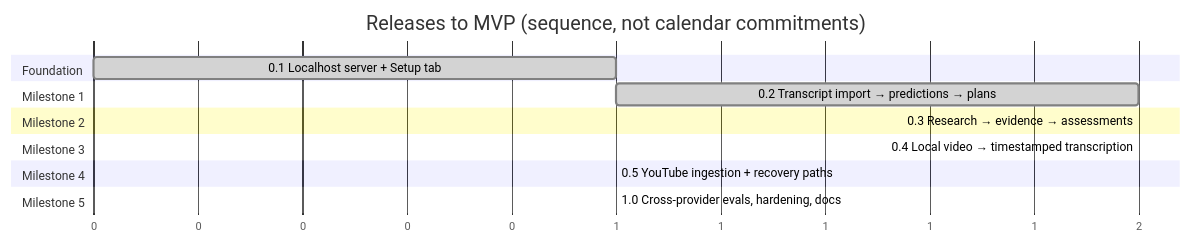
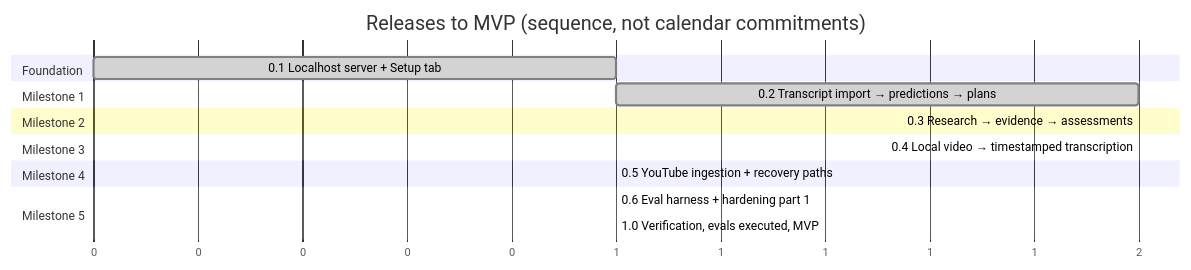
Before and after one commit to bitsbetrippin/predictionledger: the diagram in docs/BUILD_PLAN.md, drawn with Mermaid. The commit also changed other lines of this file and 42 other files, not shown here.

````diff
--- a/docs/BUILD_PLAN.md
+++ b/docs/BUILD_PLAN.md
@@ -16,18 +16,19 @@
 ```mermaid
 gantt
   title Releases to MVP (sequence, not calendar commitments)
   dateFormat X
   axisFormat %s
   section Foundation
   0.1 Localhost server + Setup tab            :done, r01, 0, 1
   section Milestone 1
   0.2 Transcript import → predictions → plans :done, r02, after r01, 2
   section Milestone 2
   0.3 Research → evidence → assessments       :done, r03, after r02, 2
   section Milestone 3
   0.4 Local video → timestamped transcription :done, r04, after r03, 2
   section Milestone 4
   0.5 YouTube ingestion + recovery paths      :done, r05, after r04, 1
   section Milestone 5
-  1.0 Cross-provider evals, hardening, docs   :r10, after r05, 1
+  0.6 Eval harness + hardening part 1         :done, r06, after r05, 1
+  1.0 Verification, evals executed, MVP       :r10, after r06, 1
 ```
````
